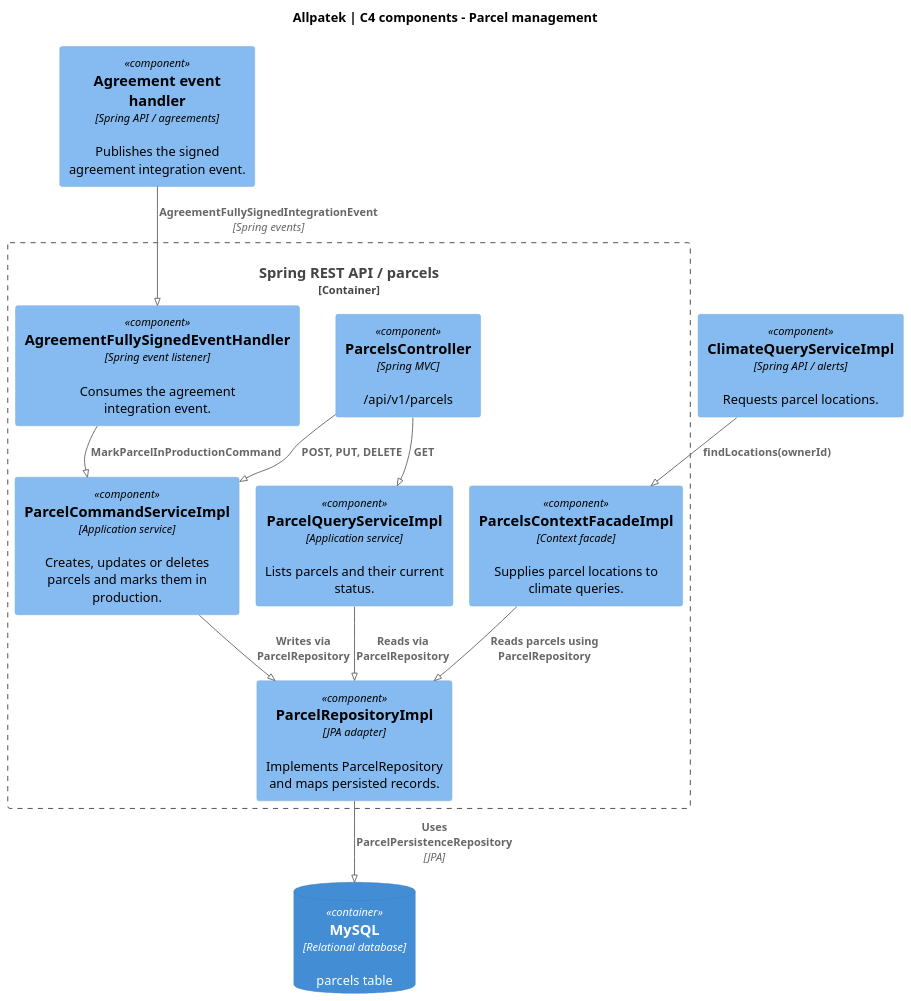
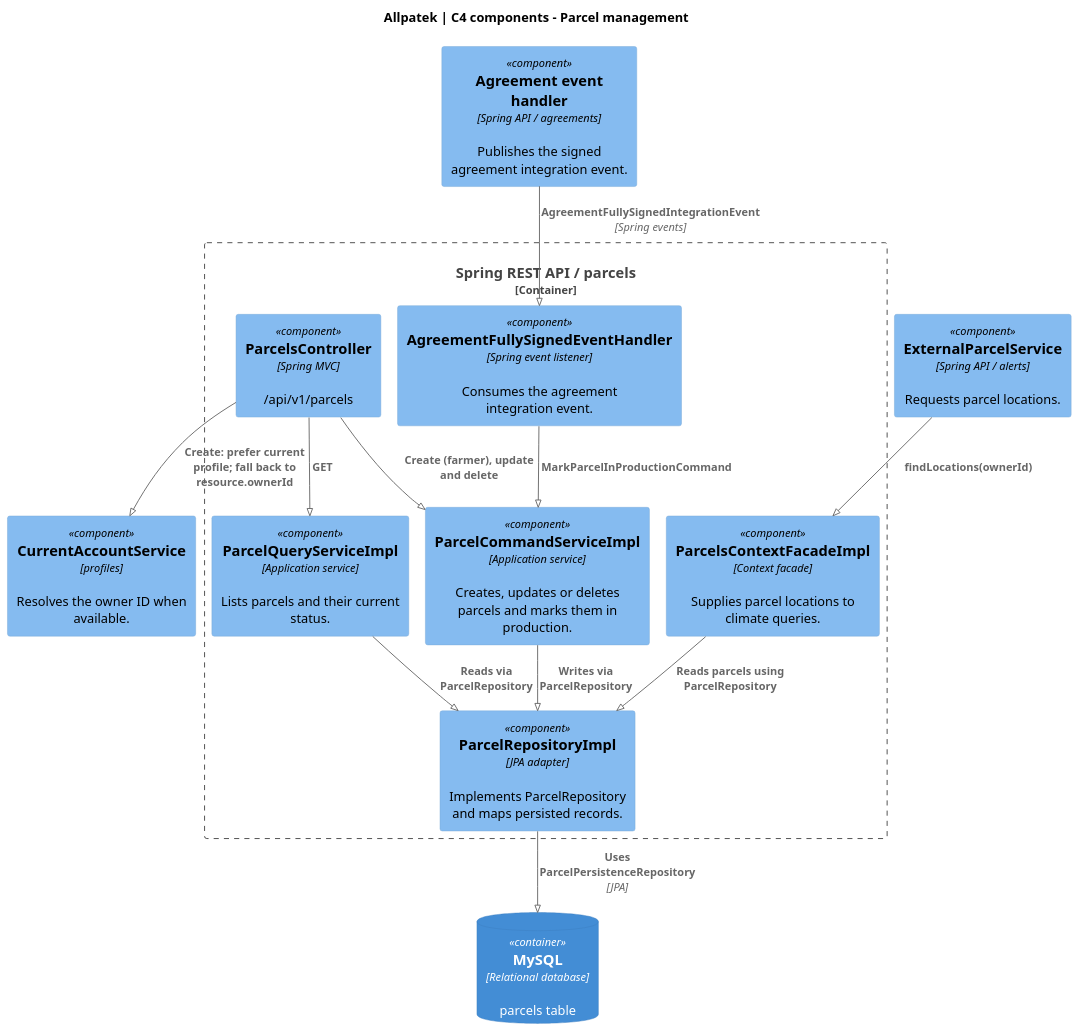
The diagram in assets/chapter-04/architecture/c4-parcels.puml (upc-pre-202620-1asi0729-7753-Terranova/allpatek-report), drawn with PlantUML before and after one commit. The commit also changed 3 other files, not shown here.

Commit message:
docs(c4): show parcel ownership resolution and the alerts facade

```diff
--- a/assets/chapter-04/architecture/c4-parcels.puml
+++ b/assets/chapter-04/architecture/c4-parcels.puml
@@ -1,32 +1,34 @@
 @startuml
 !pragma layout smetana
 !include <C4/C4_Component>
 skinparam backgroundColor white
 skinparam defaultFontName SansSerif
 skinparam shadowing false
 skinparam dpi 120
 LAYOUT_TOP_DOWN()
 
 title Allpatek | C4 components - Parcel management
 Container_Boundary(api, "Spring REST API / parcels") {
   Component(rest, "ParcelsController", "Spring MVC", "/api/v1/parcels")
   Component(cmd, "ParcelCommandServiceImpl", "Application service", "Creates, updates or deletes parcels and marks them in production.")
   Component(query, "ParcelQueryServiceImpl", "Application service", "Lists parcels and their current status.")
   Component(repo, "ParcelRepositoryImpl", "JPA adapter", "Implements ParcelRepository and maps persisted records.")
   Component(handler, "AgreementFullySignedEventHandler", "Spring event listener", "Consumes the agreement integration event.")
   Component(facade, "ParcelsContextFacadeImpl", "Context facade", "Supplies parcel locations to climate queries.")
 }
 
 Component(sender, "Agreement event handler", "Spring API / agreements", "Publishes the signed agreement integration event.")
-Component(climate, "ClimateQueryServiceImpl", "Spring API / alerts", "Requests parcel locations.")
+Component(climate, "ExternalParcelService", "Spring API / alerts", "Requests parcel locations.")
 ContainerDb(db, "MySQL", "Relational database", "parcels table")
-Rel(rest, cmd, "POST, PUT, DELETE")
+Rel(rest, cmd, "Create (farmer), update and delete")
 Rel(rest, query, "GET")
 Rel(cmd, repo, "Writes via ParcelRepository")
 Rel(query, repo, "Reads via ParcelRepository")
 Rel(repo, db, "Uses ParcelPersistenceRepository", "JPA")
 Rel(sender, handler, "AgreementFullySignedIntegrationEvent", "Spring events")
 Rel(handler, cmd, "MarkParcelInProductionCommand")
 Rel(climate, facade, "findLocations(ownerId)")
 Rel(facade, repo, "Reads parcels using ParcelRepository")
+Component(account, "CurrentAccountService", "profiles", "Resolves the owner ID when available.")
+Rel(rest, account, "Create: prefer current profile; fall back to resource.ownerId")
 @enduml
```
